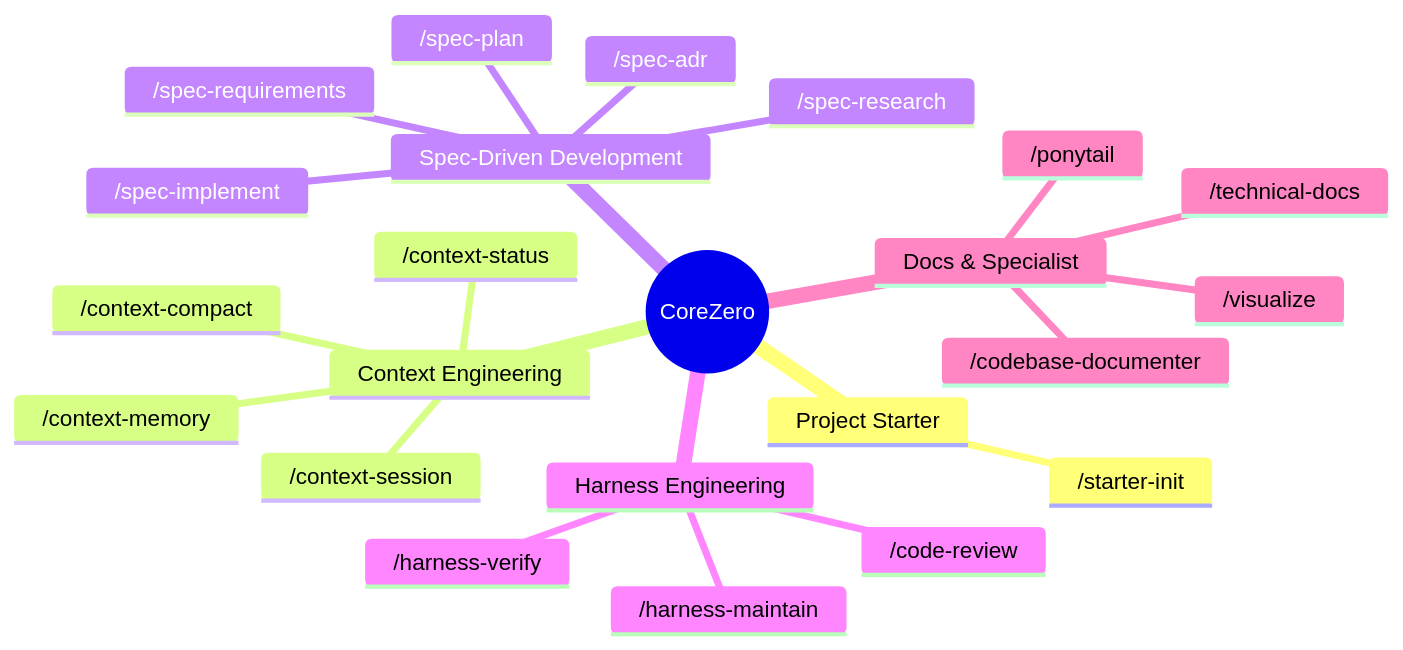
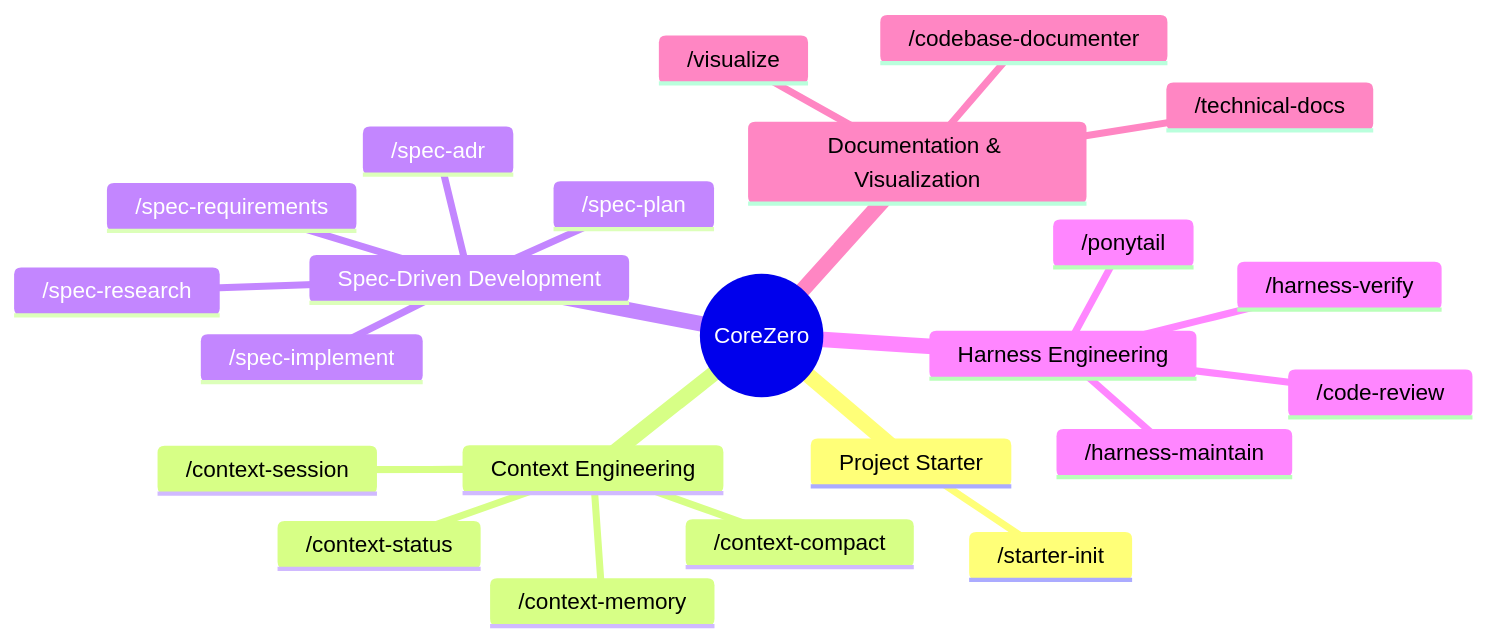
One commit to thaihai-swe/CoreZero-Nexus changed the diagram in documents/diagrams/corezero-skills-taxonomy.mmd. Above: the diagram before and after it, drawn with Mermaid. The commit also changed 18 other files, not shown here.

```diff
--- a/documents/diagrams/corezero-skills-taxonomy.mmd
+++ b/documents/diagrams/corezero-skills-taxonomy.mmd
@@ -1,24 +1,24 @@
 mindmap
   root((CoreZero))
     Project Starter
       /starter-init
     Context Engineering
       /context-session
       /context-status
       /context-memory
       /context-compact
     Spec-Driven Development
       /spec-research
       /spec-requirements
       /spec-adr
       /spec-plan
       /spec-implement
     Harness Engineering
       /harness-verify
       /harness-maintain
       /code-review
-    Docs & Specialist
+      /ponytail
+    Documentation &amp; Visualization
+      /visualize
+      /technical-docs
       /codebase-documenter
-      /technical-docs
-      /visualize
-      /ponytail
```
